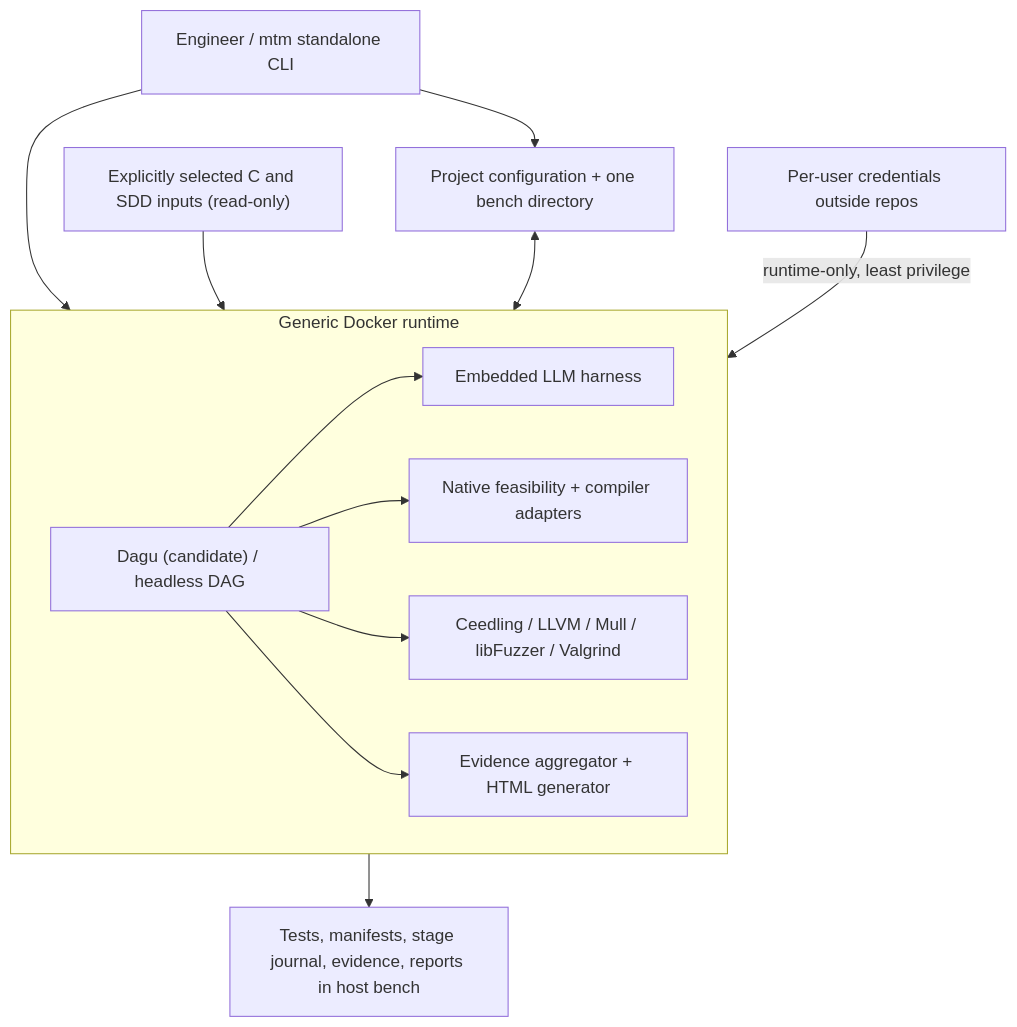
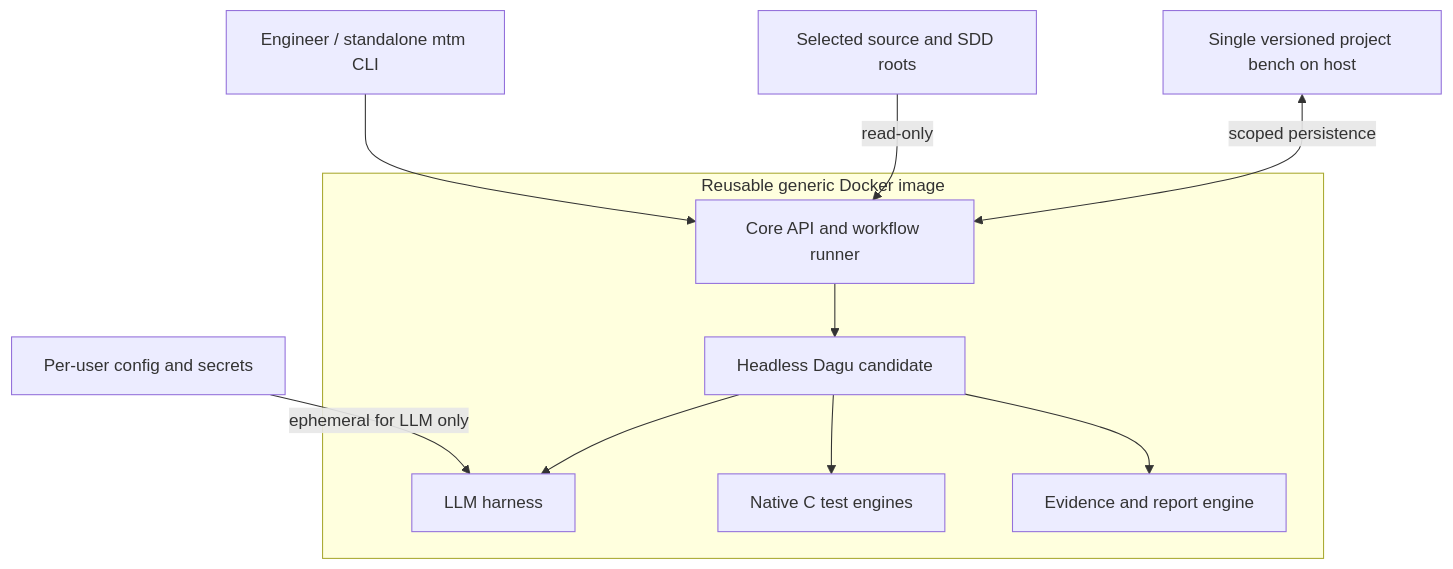
Before and after one commit to aradenac/utest-machinery: the first of 3 diagrams in docs/architecture/architecture.md, drawn with Mermaid. The commit also changed other lines of this file and 25 other files, not shown here.

````diff
--- a/docs/architecture/architecture.md
+++ b/docs/architecture/architecture.md
@@ -7,20 +7,18 @@
 ```mermaid
 flowchart TB
-  U["Engineer / mtm standalone CLI"] --> C["Project configuration + one bench directory"]
-  U --> D
-  I["Explicitly selected C and SDD inputs (read-only)"] --> D
-  C <--> D
-  S["Per-user credentials outside repos"] -->|runtime-only, least privilege| D
-  subgraph D["Generic Docker runtime"]
-    W["Dagu (candidate) / headless DAG"]
-    L["Embedded LLM harness"]
-    A["Native feasibility + compiler adapters"]
-    T["Ceedling / LLVM / Mull / libFuzzer / Valgrind"]
-    R["Evidence aggregator + HTML generator"]
-    W --> L
-    W --> A
-    W --> T
-    W --> R
+  U["Engineer / standalone mtm CLI"] --> RUNNER
+  IN["Selected source and SDD roots"] -->|read-only| RUNNER
+  BENCH["Single versioned project bench on host"] <-->|scoped persistence| RUNNER
+  USER["Per-user config and secrets"] -->|ephemeral for LLM only| AGENT
+  subgraph CONTAINER["Reusable generic Docker image"]
+    RUNNER["Core API and workflow runner"]
+    DAG["Headless Dagu candidate"]
+    AGENT["LLM harness"]
+    TEST["Native C test engines"]
+    REPORT["Evidence and report engine"]
+    RUNNER --> DAG
+    DAG --> AGENT
+    DAG --> TEST
+    DAG --> REPORT
   end
-  D --> O["Tests, manifests, stage journal, evidence, reports in host bench"]
 ```
````
